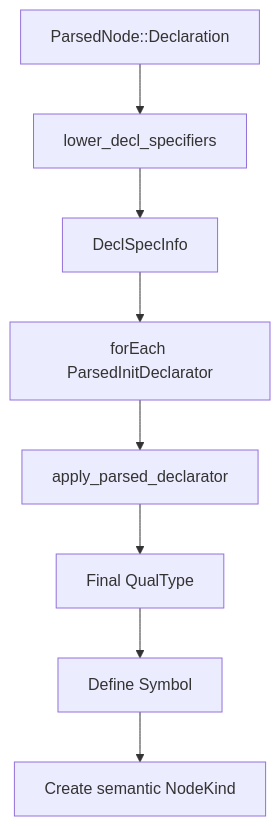
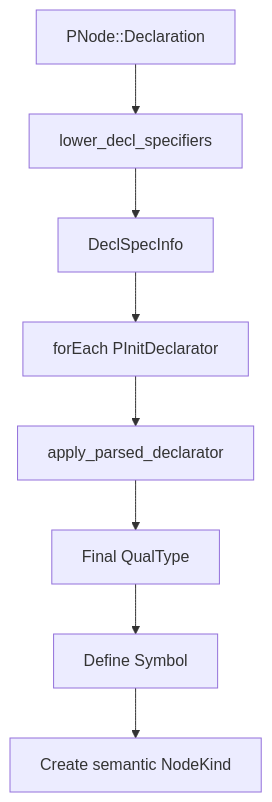
One commit to bungcip/cendol changed the second of 3 diagrams in design-document/semantic_lowering_flow.md. Above: the diagram before and after it, drawn with Mermaid. The commit also changed other lines of this file and 7 other files, not shown here.

````diff
--- a/design-document/semantic_lowering_flow.md
+++ b/design-document/semantic_lowering_flow.md
@@ -24,10 +24,10 @@
 ```mermaid
 flowchart TD
-    A[ParsedNode::Declaration] --> B[lower_decl_specifiers]
+    A[PNode::Declaration] --> B[lower_decl_specifiers]
     B --> C[DeclSpecInfo]
-    C --> D[forEach ParsedInitDeclarator]
+    C --> D[forEach PInitDeclarator]
     D --> E[apply_parsed_declarator]
     E --> F[Final QualType]
     F --> G[Define Symbol]
     G --> H[Create semantic NodeKind]
 ```
````
